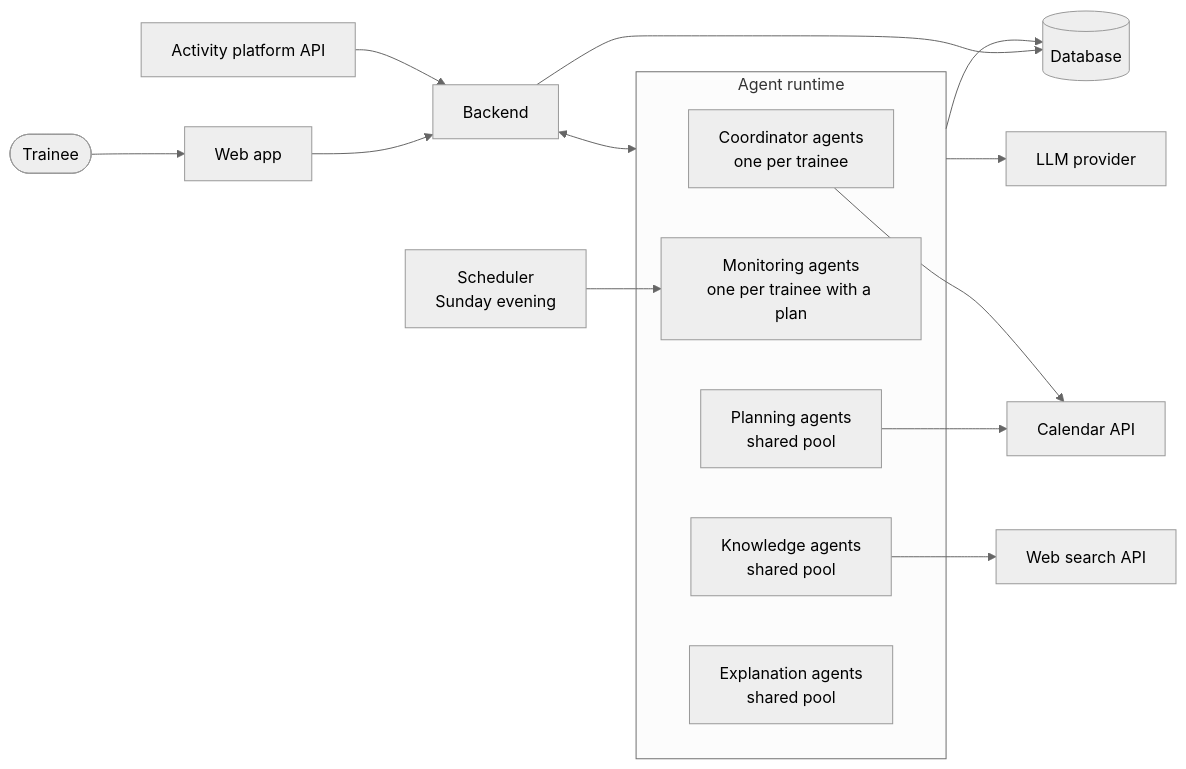
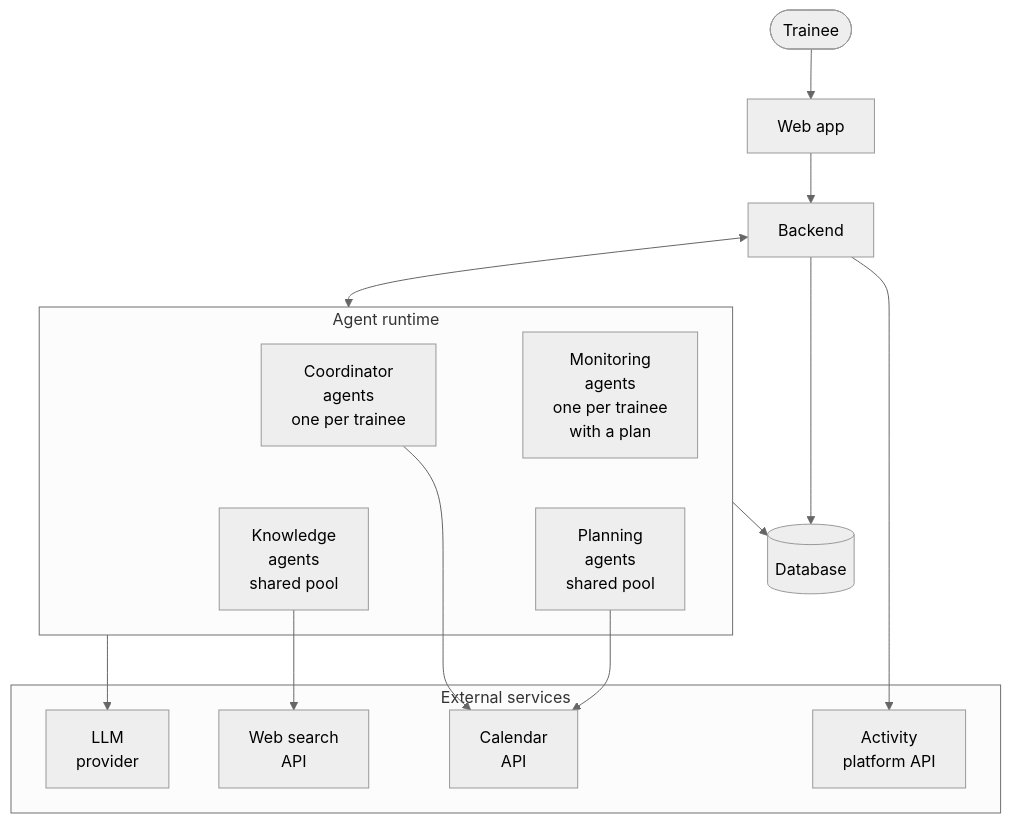
One commit to apekala/AASD changed the first of 15 diagrams in zz/raport_b/raport_b.md. Above: the diagram before and after it, drawn with Mermaid (neutral theme). The commit also changed other lines of this file and 8 other files, not shown here.

````diff
--- a/zz/raport_b/raport_b.md
+++ b/zz/raport_b/raport_b.md
@@ -34,21 +24,27 @@
 ```mermaid
-flowchart LR
+flowchart TB
     trainee([Trainee]) --> web[Web app]
     web --> api[Backend]
     api --> db[(Database)]
     api <--> runtime
     subgraph runtime[Agent runtime]
-        coord["Coordinator agents<br/>one per trainee"]
-        mon["Monitoring agents<br/>one per trainee with a plan"]
-        know["Knowledge agents<br/>shared pool"]
-        plan["Planning agents<br/>shared pool"]
-        expl["Explanation agents<br/>shared pool"]
+        coord["Coordinator<br/>agents<br/>one per trainee"]
+        mon["Monitoring<br/>agents<br/>one per trainee<br/>with a plan"]
+        know["Knowledge<br/>agents<br/>shared pool"]
+        plan["Planning<br/>agents<br/>shared pool"]
+        coord ~~~ know
+        mon ~~~ plan
     end
     runtime --> db
-    runtime --> llm[LLM provider]
-    know --> search[Web search API]
-    plan --> cal[Calendar API]
+    subgraph ext[External services]
+        llm["LLM<br/>provider"]
+        search["Web search<br/>API"]
+        cal["Calendar<br/>API"]
+        act["Activity<br/>platform API"]
+    end
+    api --> act
+    runtime --> llm
+    know --> search
+    plan --> cal
     coord --> cal
-    act[Activity platform API] --> api
-    sched["Scheduler<br/>Sunday evening"] --> mon
 ```
````
